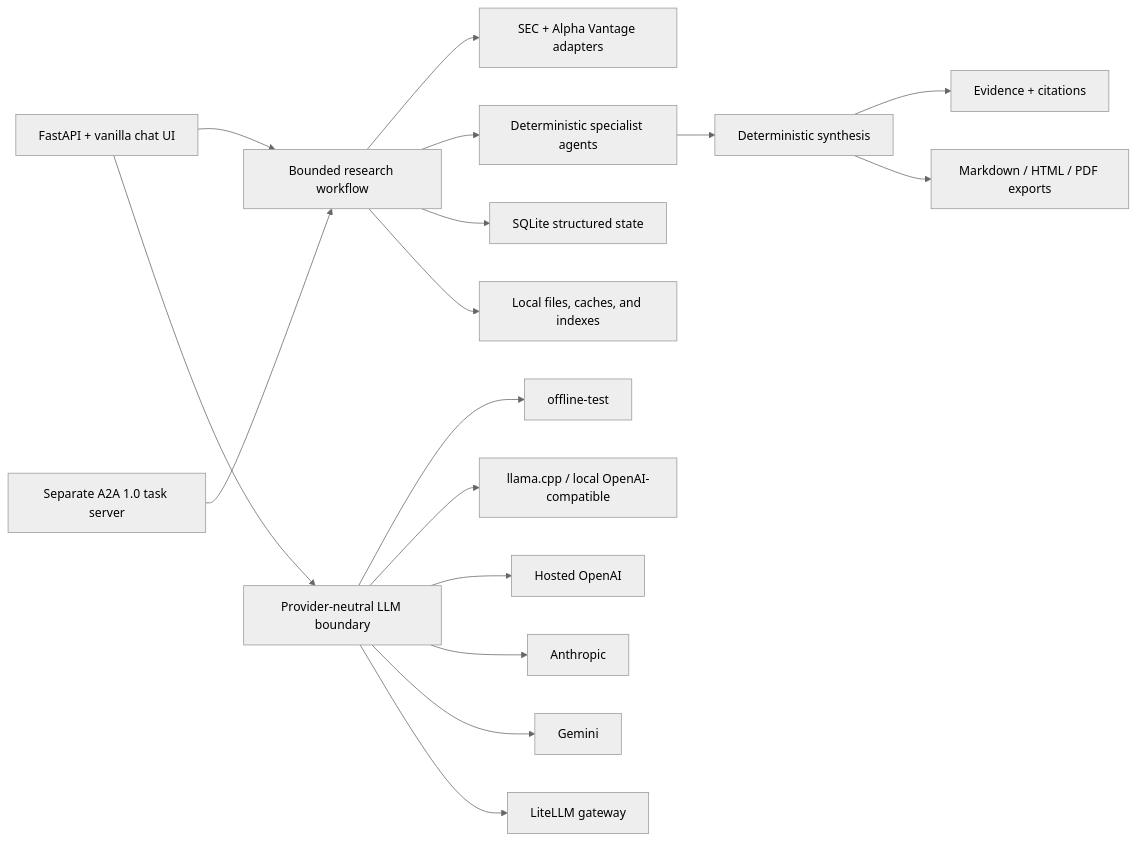
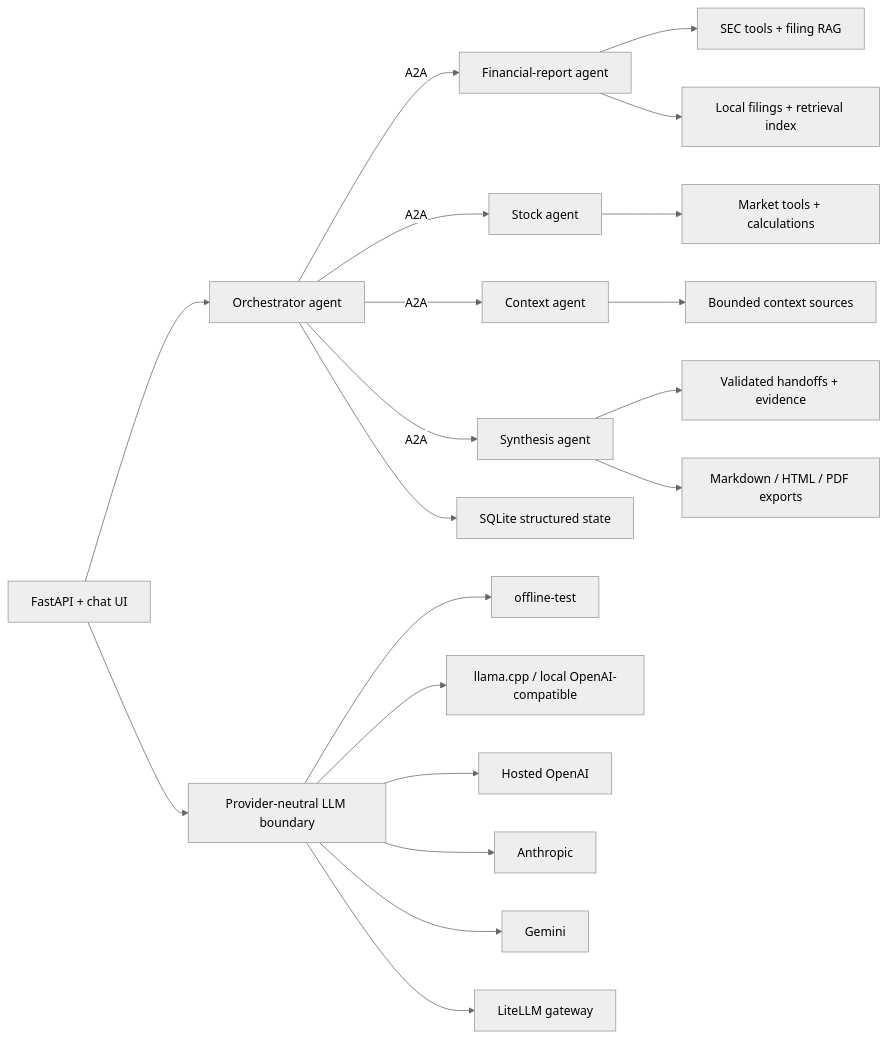
Before and after one commit to Ossi-1337/financial-research-agent: the diagram in README.md, drawn with Mermaid (neutral theme). The commit also changed other lines of this file and 32 other files, not shown here.

````diff
--- a/README.md
+++ b/README.md
@@ -119,19 +86,22 @@
 ```mermaid
 flowchart LR
-    UI["FastAPI + vanilla chat UI"] --> WF["Bounded research workflow"]
-    WF --> DS["SEC + Alpha Vantage adapters"]
-    WF --> AG["Deterministic specialist agents"]
-    AG --> SY["Deterministic synthesis"]
-    SY --> EV["Evidence + citations"]
-    SY --> EX["Markdown / HTML / PDF exports"]
+    UI["FastAPI + chat UI"] --> ORC["Orchestrator agent"]
+    ORC -->|A2A| FIN["Financial-report agent"]
+    ORC -->|A2A| STOCK["Stock agent"]
+    ORC -->|A2A| CONTEXT["Context agent"]
+    ORC -->|A2A| SYNTH["Synthesis agent"]
+    FIN --> SEC["SEC tools + filing RAG"]
+    STOCK --> MARKET["Market tools + calculations"]
+    CONTEXT --> SOURCES["Bounded context sources"]
+    SYNTH --> EV["Validated handoffs + evidence"]
+    SYNTH --> EX["Markdown / HTML / PDF exports"]
     UI --> LLM["Provider-neutral LLM boundary"]
-    A2A["Separate A2A 1.0 task server"] --> WF
     LLM --> OFF["offline-test"]
     LLM --> LOC["llama.cpp / local OpenAI-compatible"]
     LLM --> OAI["Hosted OpenAI"]
     LLM --> ANT["Anthropic"]
     LLM --> GEM["Gemini"]
     LLM --> GW["LiteLLM gateway"]
-    WF --> DB["SQLite structured state"]
-    WF --> FS["Local files, caches, and indexes"]
+    ORC --> DB["SQLite structured state"]
+    FIN --> FS["Local filings + retrieval index"]
 ```
````
